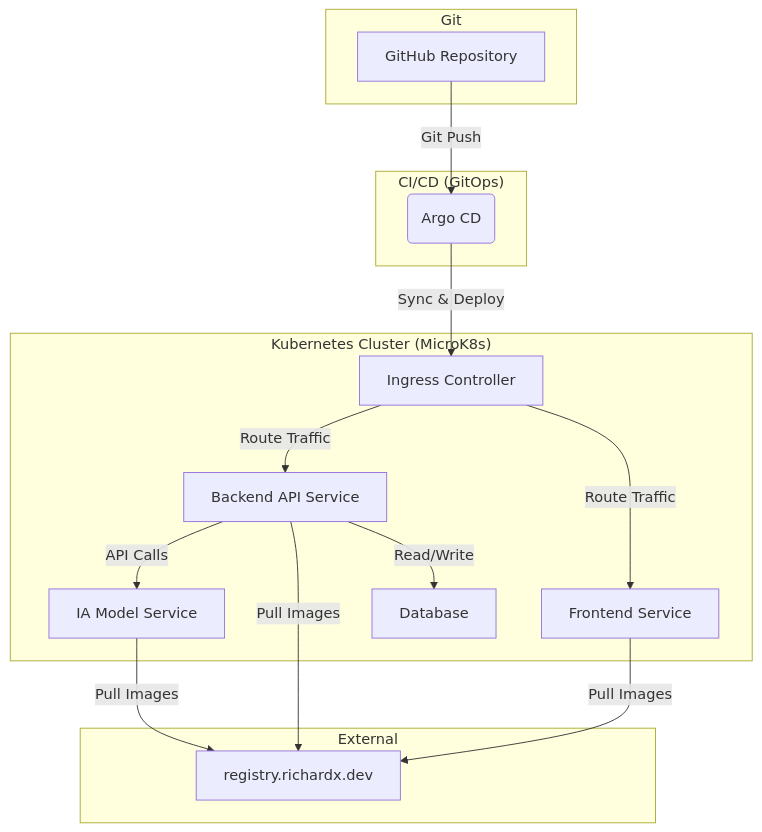
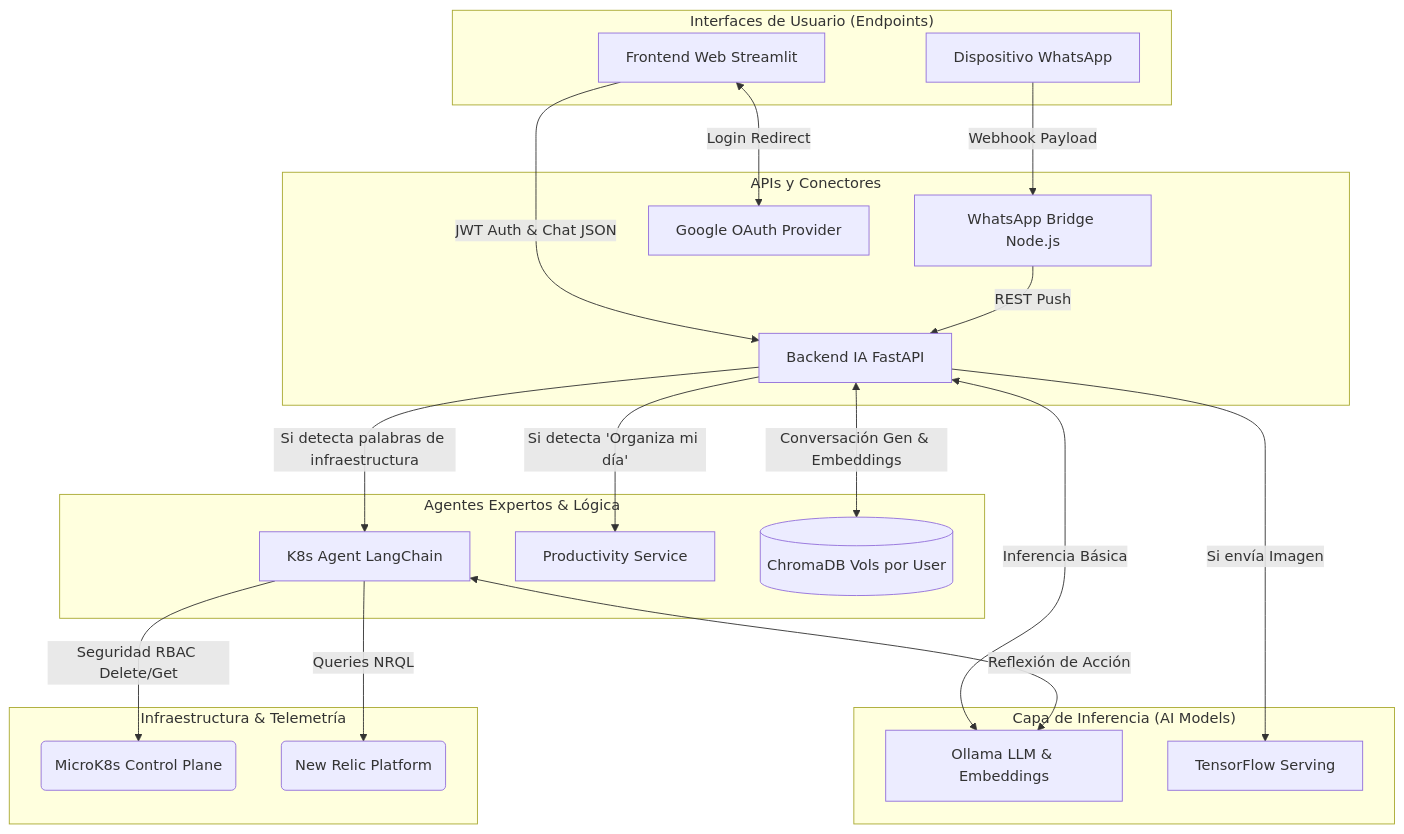
Before and after one commit to ricardogs26/amael-ia: the diagram in README.md, drawn with Mermaid. The commit also changed other lines of this file and 31 other files, not shown here.

Commit message:
feat(amael): Refactorización arquitectura Multi-Agente (K8s Agent, Backend limpieza Langchain, README)

````diff
--- a/README.md
+++ b/README.md
@@ -27,33 +39,47 @@
 ```mermaid
 graph TD
-    subgraph "Git"
-        A[GitHub Repository]
+    subgraph "Interfaces de Usuario (Endpoints)"
+        UI[Frontend Web Streamlit]
+        WA[Dispositivo WhatsApp]
     end
 
-    subgraph "CI/CD (GitOps)"
-        B(Argo CD)
+    subgraph "APIs y Conectores"
+        GW[WhatsApp Bridge Node.js]
+        BE[Backend IA FastAPI]
+        AUTH[Google OAuth Provider]
     end
 
-    subgraph "Kubernetes Cluster (MicroK8s)"
-        C[Ingress Controller]
-        D[Frontend Service]
-        E[Backend API Service]
-        F[IA Model Service]
-        G[Database]
+    subgraph "Agentes Expertos & Lógica"
+        K8S[K8s Agent LangChain]
+        PROD[Productivity Service]
+        RAG[(ChromaDB Vols por User)]
     end
 
-    subgraph "External"
-        H[registry.richardx.dev]
+    subgraph "Capa de Inferencia (AI Models)"
+        OLLAMA[Ollama LLM & Embeddings]
+        TF[TensorFlow Serving]
     end
 
-    A -->|Git Push| B
-    B -->|Sync & Deploy| C
-    C -->|Route Traffic| D
-    C -->|Route Traffic| E
-    E -->|API Calls| F
-    E -->|Read/Write| G
-    F -->|Pull Images| H
-    E -->|Pull Images| H
-    D -->|Pull Images| H
+    subgraph "Infraestructura & Telemetría"
+        KUBE(MicroK8s Control Plane)
+        NR(New Relic Platform)
+    end
 
+    %% Flujos de ingreso
+    UI -->|JWT Auth & Chat JSON| BE
+    UI <-->|Login Redirect| AUTH
+    WA -->|Webhook Payload| GW
+    GW -->|REST Push| BE
+    
+    %% Ruteo del Backend
+    BE <-->|Conversación Gen & Embeddings| RAG
+    BE <-->|Inferencia Básica| OLLAMA
+    BE -->|Si detecta palabras de infraestructura| K8S
+    BE -->|Si detecta 'Organiza mi día'| PROD
+    BE -->|Si envía Imagen| TF
+    
+    %% Acciones del K8s Agent
+    K8S <-->|Reflexión de Acción| OLLAMA
+    K8S -->|Seguridad RBAC Delete/Get| KUBE
+    K8S -->|Queries NRQL| NR
 ```
````
